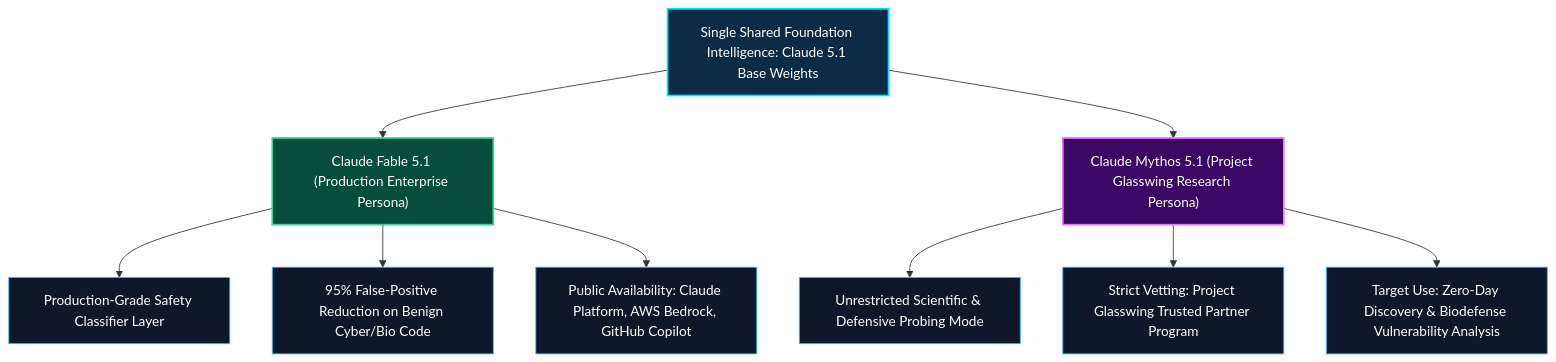
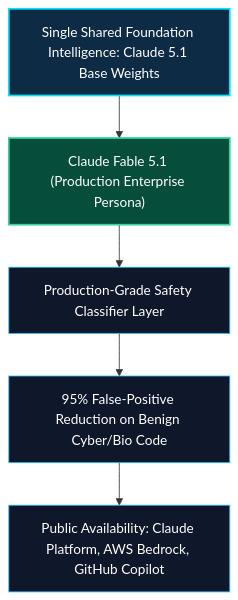
One commit to narenandu/narenvadapalli_dot_com changed the first of 5 diagrams in contents/blog/0106-claude-fable-mythos-5-1-dual-frontier-intelligence/index.md. Above: the diagram before and after it, drawn with Mermaid. The commit also changed other lines of this file, not shown here.

Commit message:
style(blog): split branched Mermaid diagrams into strictly vertical top-down sequential blocks in 0106

````diff
--- a/contents/blog/0106-claude-fable-mythos-5-1-dual-frontier-intelligence/index.md
+++ b/contents/blog/0106-claude-fable-mythos-5-1-dual-frontier-intelligence/index.md
@@ -49,24 +49,13 @@
 ```mermaid
 flowchart TD
     A["Single Shared Foundation Intelligence: Claude 5.1 Base Weights"] --> B["Claude Fable 5.1 (Production Enterprise Persona)"]
-    A --> C["Claude Mythos 5.1 (Project Glasswing Research Persona)"]
-    
     B --> B1["Production-Grade Safety Classifier Layer"]
-    B --> B2["95% False-Positive Reduction on Benign Cyber/Bio Code"]
-    B --> B3["Public Availability: Claude Platform, AWS Bedrock, GitHub Copilot"]
-    
-    C --> C1["Unrestricted Scientific & Defensive Probing Mode"]
-    C2["Strict Vetting: Project Glasswing Trusted Partner Program"]
-    C --> C2
-    C --> C3["Target Use: Zero-Day Discovery & Biodefense Vulnerability Analysis"]
+    B1 --> B2["95% False-Positive Reduction on Benign Cyber/Bio Code"]
+    B2 --> B3["Public Availability: Claude Platform, AWS Bedrock, GitHub Copilot"]
     
     style A fill:#0d2b45,stroke:#00e5ff,stroke-width:2px,color:#ffffff
     style B fill:#064e3b,stroke:#34d399,stroke-width:2px,color:#ffffff
-    style C fill:#3b0764,stroke:#e879f9,stroke-width:2px,color:#ffffff
     style B1 fill:#0f172a,stroke:#38bdf8,stroke-width:1px,color:#ffffff
     style B2 fill:#0f172a,stroke:#38bdf8,stroke-width:1px,color:#ffffff
     style B3 fill:#0f172a,stroke:#38bdf8,stroke-width:1px,color:#ffffff
-    style C1 fill:#0f172a,stroke:#38bdf8,stroke-width:1px,color:#ffffff
-    style C2 fill:#0f172a,stroke:#38bdf8,stroke-width:1px,color:#ffffff
-    style C3 fill:#0f172a,stroke:#38bdf8,stroke-width:1px,color:#ffffff
 ```
````
